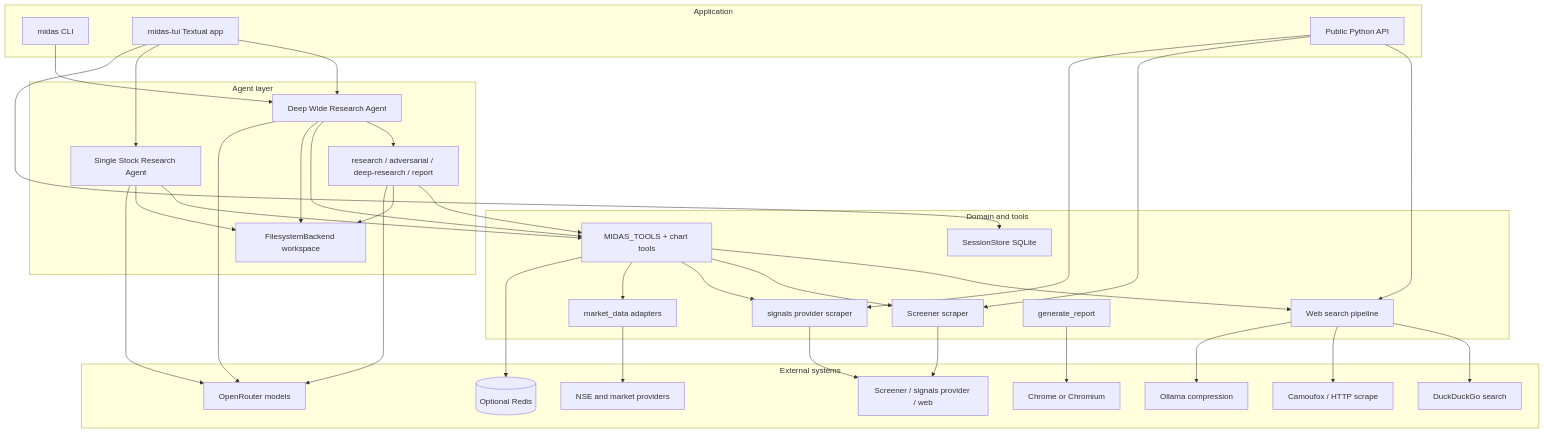
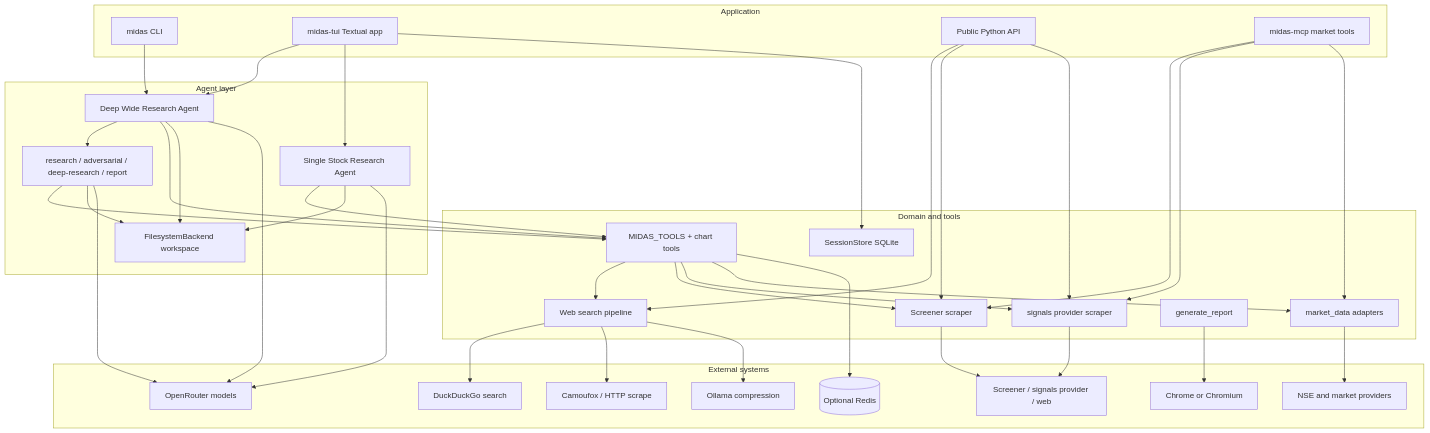
The third of 3 diagrams in README.md (aneeshpatne/Midas), drawn with Mermaid before and after one commit. The commit also changed other lines of this file and 6 other files, not shown here.

First line of the commit message:
feat: add midas-mcp market-info MCP server

````diff
--- a/README.md
+++ b/README.md
@@ -98,66 +99,70 @@
 ```mermaid
 flowchart TB
   subgraph presentation [Application]
     CLI[midas CLI]
     TUI[midas-tui Textual app]
     LIB[Public Python API]
+    MCP[midas-mcp market tools]
   end
 
   subgraph agents [Agent layer]
     LEAD[Deep Wide Research Agent]
     STOCK[Single Stock Research Agent]
     SUB[research / adversarial / deep-research / report]
     FS[FilesystemBackend workspace]
   end
 
   subgraph domain [Domain and tools]
     TOOLS[MIDAS_TOOLS + chart tools]
     PIPE[Web search pipeline]
     SCR[Screener scraper]
     TL[signals provider scraper]
     MD[market_data adapters]
     REP[generate_report]
     SESS[SessionStore SQLite]
   end
 
   subgraph external [External systems]
     DDGS[DuckDuckGo search]
     CAM[Camoufox / HTTP scrape]
     OLL[Ollama compression]
     DS[OpenRouter models]
     NSE[NSE and market providers]
     WEB[Screener / signals provider / web]
     REDIS[(Optional Redis)]
     CHROME[Chrome or Chromium]
   end
 
   CLI --> LEAD
   TUI --> LEAD
   TUI --> STOCK
   TUI --> SESS
   LIB --> PIPE
   LIB --> SCR
   LIB --> TL
+  MCP --> SCR
+  MCP --> TL
+  MCP --> MD
   LEAD --> SUB
   LEAD --> TOOLS
   LEAD --> FS
   STOCK --> TOOLS
   STOCK --> FS
   SUB --> TOOLS
   SUB --> FS
   TOOLS --> PIPE
   TOOLS --> SCR
   TOOLS --> TL
   TOOLS --> MD
   TOOLS --> REDIS
   PIPE --> DDGS
   PIPE --> CAM
   PIPE --> OLL
   SCR --> WEB
   TL --> WEB
   MD --> NSE
   LEAD --> DS
   STOCK --> DS
   SUB --> DS
   REP --> CHROME
 ```
````
